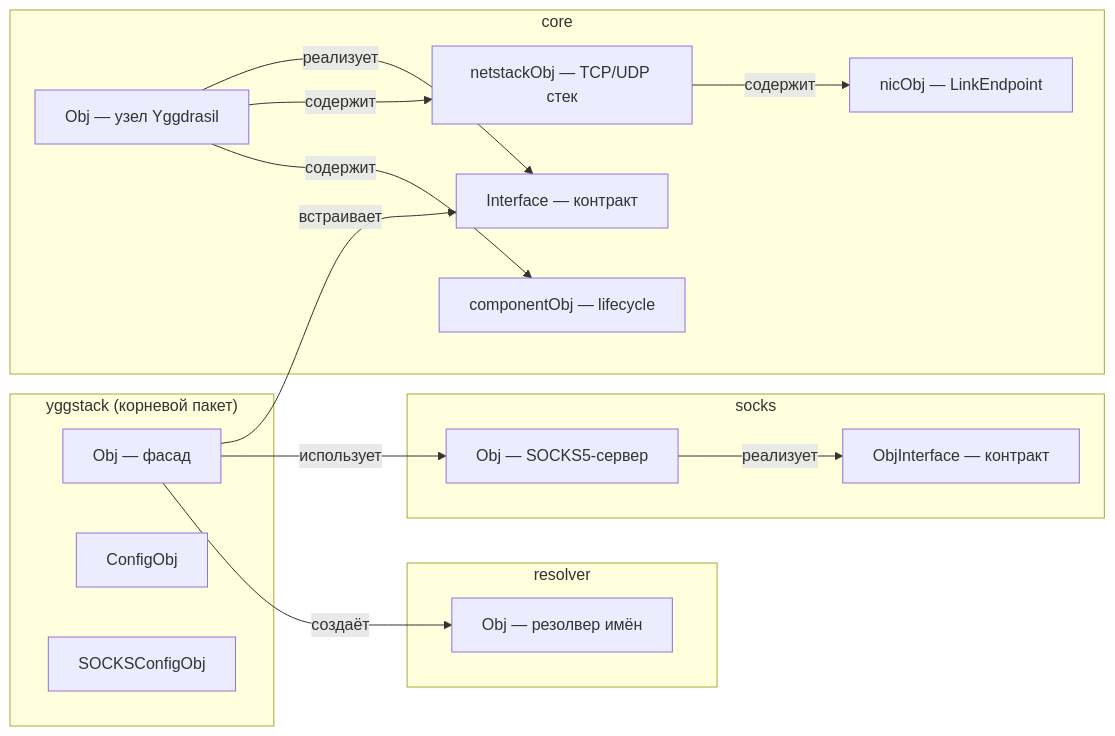
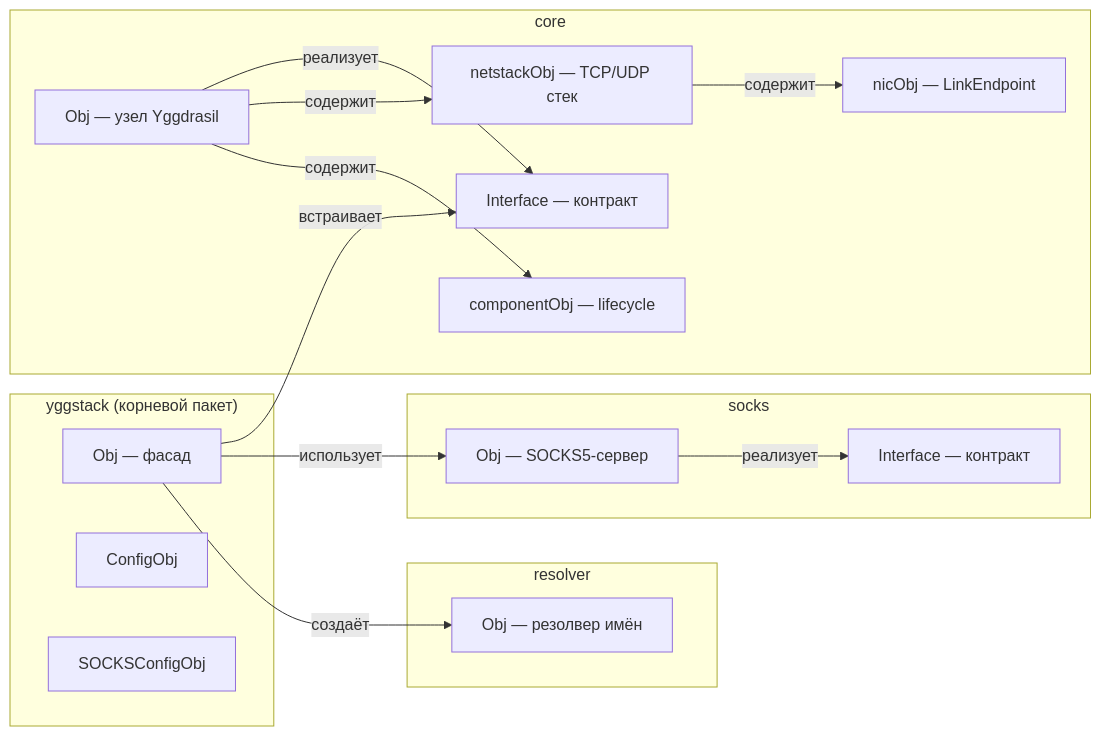
The fourth of 9 diagrams in temp-new/README.md (SUNsung/yggstack), drawn with Mermaid before and after one commit. The commit also changed 3 other files, not shown here.

````diff
--- a/temp-new/README.md
+++ b/temp-new/README.md
@@ -106,34 +106,34 @@
 ```mermaid
 graph LR
 subgraph "yggstack (корневой пакет)"
 A[Obj — фасад]
 B[ConfigObj]
 C[SOCKSConfigObj]
 end
 
 subgraph "core"
 D[Obj — узел Yggdrasil]
 E[Interface — контракт]
 F[netstackObj — TCP/UDP стек]
 G[nicObj — LinkEndpoint]
 H[componentObj — lifecycle]
 end
 
 subgraph "resolver"
 I[Obj — резолвер имён]
 end
 
 subgraph "socks"
 J[Obj — SOCKS5-сервер]
-K[ObjInterface — контракт]
+K[Interface — контракт]
 end
 
 A -->|встраивает|E
 A -->|использует|J
 A -->|создаёт|I
 D -->|реализует|E
 D -->|содержит|F
 F -->|содержит|G
 D -->|содержит|H
 J -->|реализует|K
 ```
````
